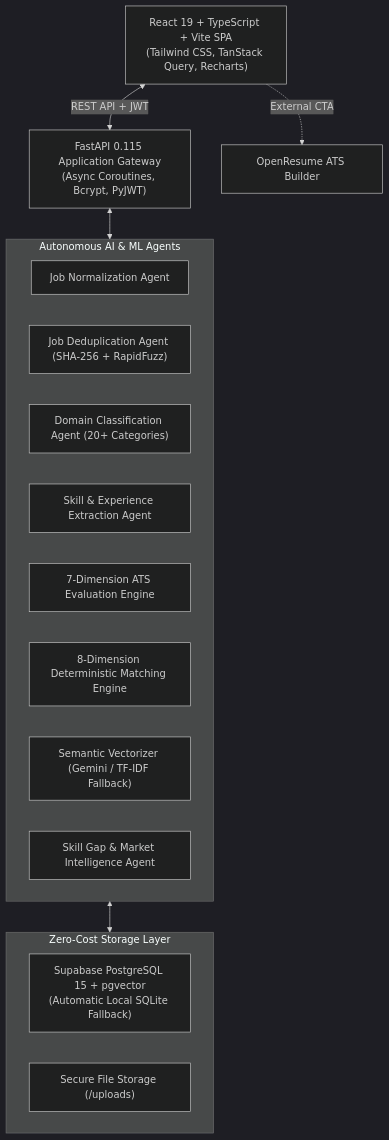
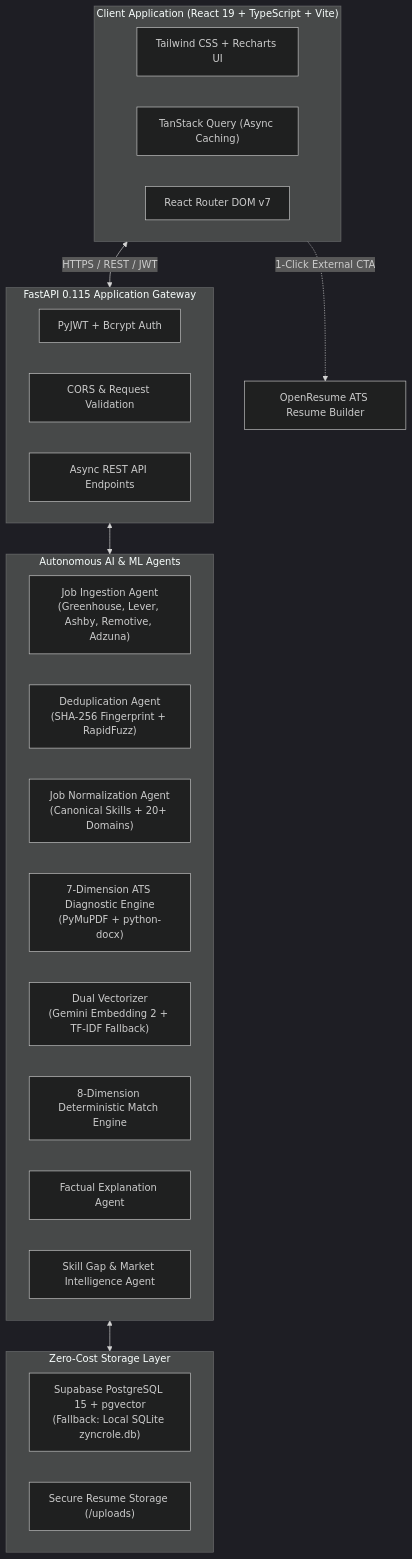
Before and after one commit to HARISH19819/ZyncRoleAI-career-intelligence: the first of 3 diagrams in README.md, drawn with Mermaid (dark theme). The commit also changed other lines of this file and 2 other files, not shown here.

````diff
--- a/README.md
+++ b/README.md
@@ -42,26 +94,35 @@
 ```mermaid
-graph TD
-    Client["React 19 + TypeScript + Vite SPA<br/>(Tailwind CSS, TanStack Query, Recharts)"]
-    API["FastAPI 0.115 Application Gateway<br/>(Async Coroutines, Bcrypt, PyJWT)"]
-    
-    subgraph Intelligence ["Autonomous AI & ML Agents"]
-        Norm["Job Normalization Agent"]
-        Dedup["Job Deduplication Agent (SHA-256 + RapidFuzz)"]
-        Class["Domain Classification Agent (20+ Categories)"]
-        Skill["Skill & Experience Extraction Agent"]
-        ATS["7-Dimension ATS Evaluation Engine"]
-        Match["8-Dimension Deterministic Matching Engine"]
-        Embed["Semantic Vectorizer (Gemini / TF-IDF Fallback)"]
+flowchart TD
+    subgraph ClientLayer ["Client Application (React 19 + TypeScript + Vite)"]
+        UI["Tailwind CSS + Recharts UI"]
+        TQ["TanStack Query (Async Caching)"]
+        Router["React Router DOM v7"]
+    end
+
+    subgraph Gateway ["FastAPI 0.115 Application Gateway"]
+        Auth["PyJWT + Bcrypt Auth"]
+        RateLimit["CORS & Request Validation"]
+        Routes["Async REST API Endpoints"]
+    end
+
+    subgraph AutonomousAgents ["Autonomous AI & ML Agents"]
+        Ingest["Job Ingestion Agent<br/>(Greenhouse, Lever, Ashby, Remotive, Adzuna)"]
+        Dedup["Deduplication Agent<br/>(SHA-256 Fingerprint + RapidFuzz)"]
+        Norm["Job Normalization Agent<br/>(Canonical Skills + 20+ Domains)"]
+        ATS["7-Dimension ATS Diagnostic Engine<br/>(PyMuPDF + python-docx)"]
+        Vector["Dual Vectorizer<br/>(Gemini Embedding 2 + TF-IDF Fallback)"]
+        Match["8-Dimension Deterministic Match Engine"]
+        Explain["Factual Explanation Agent"]
         Gap["Skill Gap & Market Intelligence Agent"]
     end
 
-    subgraph Storage ["Zero-Cost Storage Layer"]
-        DB["Supabase PostgreSQL 15 + pgvector<br/>(Automatic Local SQLite Fallback)"]
-        Uploads["Secure File Storage (/uploads)"]
+    subgraph StorageLayer ["Zero-Cost Storage Layer"]
+        DB["Supabase PostgreSQL 15 + pgvector<br/>(Fallback: Local SQLite zyncrole.db)"]
+        Uploads["Secure Resume Storage (/uploads)"]
     end
 
-    Client <-->|REST API + JWT| API
-    API <--> Intelligence
-    Intelligence <--> Storage
-    Client -.->|External CTA| OpenResume["OpenResume ATS Builder"]
+    ClientLayer <-->|HTTPS / REST / JWT| Gateway
+    Gateway <--> AutonomousAgents
+    AutonomousAgents <--> StorageLayer
+    ClientLayer -.->|1-Click External CTA| OpenResume["OpenResume ATS Resume Builder"]
 ```
````
